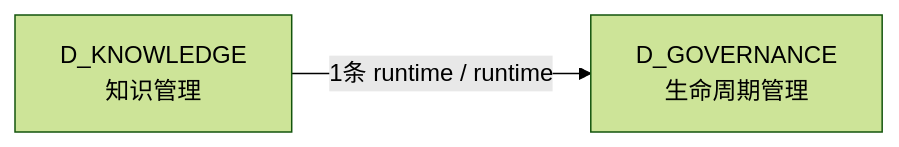
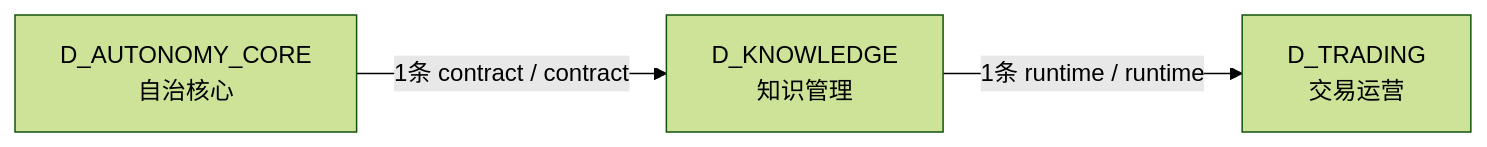
The fourth of 4 diagrams in docs/02_enterprise_architecture/02_domain_architecture_docs/40_d_knowledge.md (xuanFelixVan/ZephyrAlpha), drawn with Mermaid (forest theme) before and after one commit. The commit also changed other lines of this file and 100 other files, not shown here.

````diff
--- a/docs/02_enterprise_architecture/02_domain_architecture_docs/40_d_knowledge.md
+++ b/docs/02_enterprise_architecture/02_domain_architecture_docs/40_d_knowledge.md
@@ -164,6 +172,8 @@
 ```mermaid
 graph LR
     D_KNOWLEDGE["D_KNOWLEDGE<br/>知识管理"]
-    D_GOVERNANCE["D_GOVERNANCE<br/>生命周期管理"]
-    D_KNOWLEDGE -->|1条 runtime / runtime| D_GOVERNANCE
+    D_TRADING["D_TRADING<br/>交易运营"]
+    D_AUTONOMY_CORE["D_AUTONOMY_CORE<br/>自治核心"]
+    D_KNOWLEDGE -->|1条 runtime / runtime| D_TRADING
+    D_AUTONOMY_CORE -->|1条 contract / contract| D_KNOWLEDGE
 ```
````
